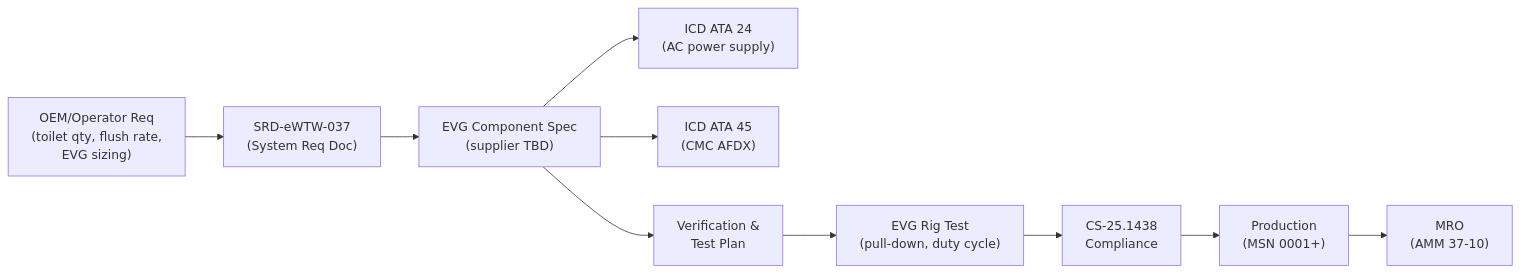
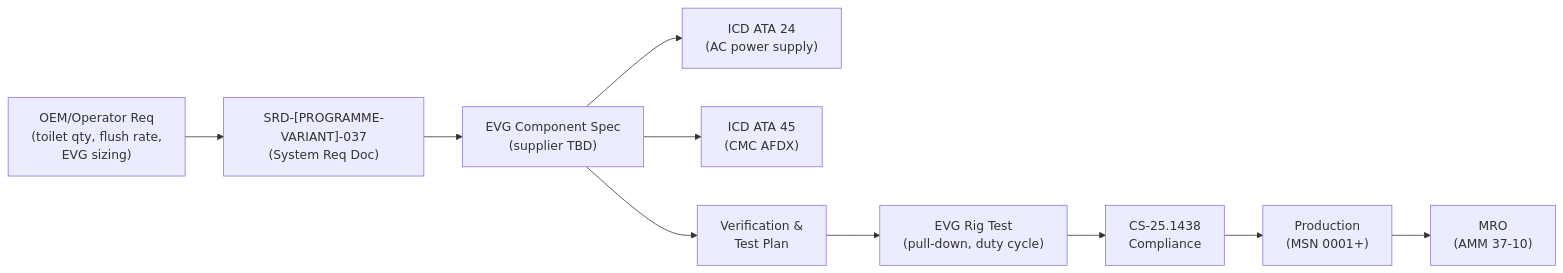
The third of 3 diagrams in Q+ATLANTIDE/000-099_ATLAS/030-039_Proteccion-y-Sistemas-Mecanicos/037_Vacuum/037-010-Vacuum-Sources.md (AmedeoPelliccia/Qplus-For-All-Queer-People-and-Quantum), drawn with Mermaid before and after one commit. The commit also changed other lines of this file and 676 other files, not shown here.

First line of the commit message:
feat: de-programmatize all ATLAS standard files — remove AMPEL360E/eWTW programme content

````diff
--- a/Q+ATLANTIDE/000-099_ATLAS/030-039_Proteccion-y-Sistemas-Mecanicos/037_Vacuum/037-010-Vacuum-Sources.md
+++ b/Q+ATLANTIDE/000-099_ATLAS/030-039_Proteccion-y-Sistemas-Mecanicos/037_Vacuum/037-010-Vacuum-Sources.md
@@ -242,18 +234,18 @@
 ```mermaid
 flowchart LR
     OEM_REQ["OEM/Operator Req\n(toilet qty, flush rate,\nEVG sizing)"]
-    SRD["SRD-eWTW-037\n(System Req Doc)"]
+    SRD["SRD-[PROGRAMME-VARIANT]-037\n(System Req Doc)"]
     EVG_SPEC["EVG Component Spec\n(supplier TBD)"]
     ICD_24["ICD ATA 24\n(AC power supply)"]
     ICD_45["ICD ATA 45\n(CMC AFDX)"]
     VTP["Verification &\nTest Plan"]
     RIG["EVG Rig Test\n(pull-down, duty cycle)"]
     CERT["CS-25.1438\nCompliance"]
     PROD["Production\n(MSN 0001+)"]
     MRO["MRO\n(AMM 37-10)"]
 
     OEM_REQ --> SRD --> EVG_SPEC
     EVG_SPEC --> ICD_24
     EVG_SPEC --> ICD_45
     EVG_SPEC --> VTP --> RIG --> CERT --> PROD --> MRO
 ```
````
